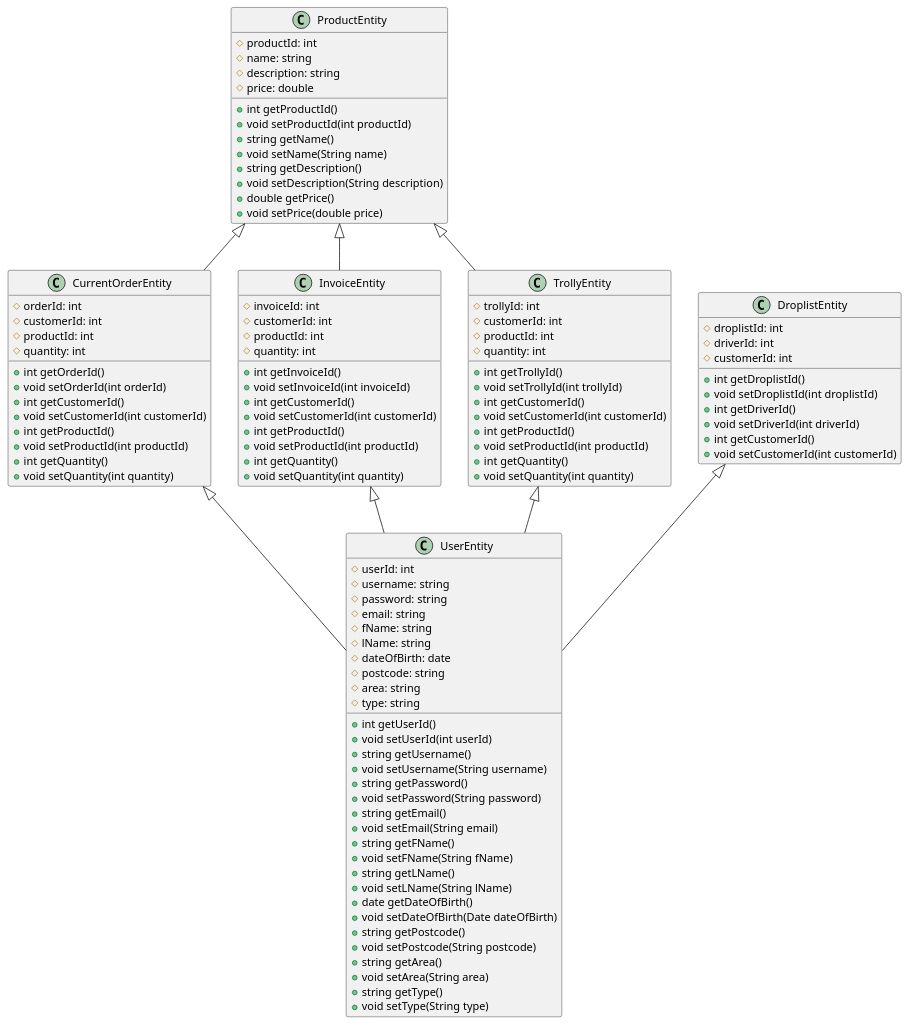
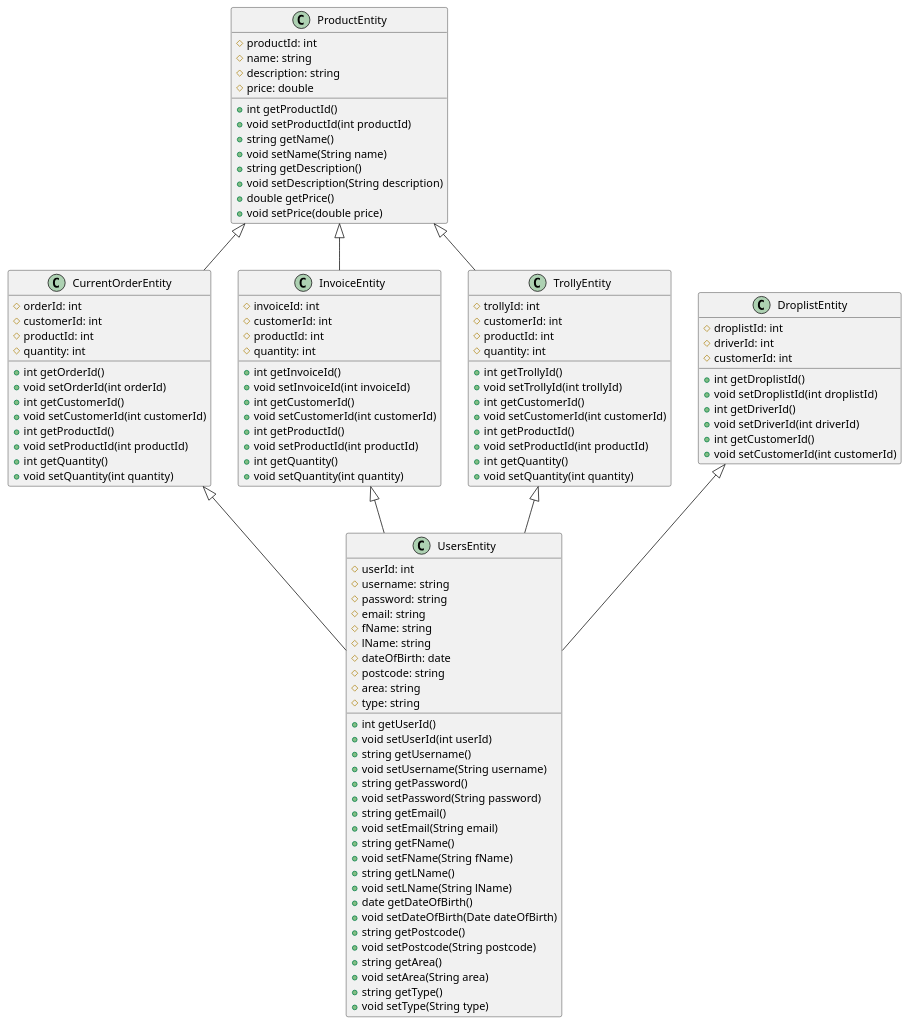
One commit to avahora866/dev-backend changed the diagram in src/main/java/com/milk4u/doorstep/delivery/entity/Entities.puml. Above: the diagram before and after it, drawn with PlantUML. The commit also changed 15 other files, not shown here.

```diff
--- a/src/main/java/com/milk4u/doorstep/delivery/entity/Entities.puml
+++ b/src/main/java/com/milk4u/doorstep/delivery/entity/Entities.puml
@@ -1,117 +1,117 @@
 @startuml
 'https://plantuml.com/class-diagram
-class UserEntity {
+class UsersEntity {
     #userId: int
     #username: string
     #password: string
     #email: string
     #fName: string
     #lName: string
     #dateOfBirth: date
     #postcode: string
     #area: string
     #type: string
     +int getUserId()
     +void setUserId(int userId)
     +string getUsername()
     +void setUsername(String username)
     +string getPassword()
     +void setPassword(String password)
     +string getEmail()
     +void setEmail(String email)
     +string getFName()
     +void setFName(String fName)
     +string getLName()
     +void setLName(String lName)
     +date getDateOfBirth()
     +void setDateOfBirth(Date dateOfBirth)
     +string getPostcode()
     +void setPostcode(String postcode)
     +string getArea()
     +void setArea(String area)
     +string getType()
     +void setType(String type)
 }
 
 class CurrentOrderEntity {
     #orderId: int
     #customerId: int
     #productId: int
     #quantity: int
     +int getOrderId()
     +void setOrderId(int orderId)
     +int getCustomerId()
     +void setCustomerId(int customerId)
     +int getProductId()
     +void setProductId(int productId)
     +int getQuantity()
     +void setQuantity(int quantity)
 }
 
 class InvoiceEntity {
     #invoiceId: int
     #customerId: int
     #productId: int
     #quantity: int
     +int getInvoiceId()
     +void setInvoiceId(int invoiceId)
     +int getCustomerId()
     +void setCustomerId(int customerId)
     +int getProductId()
     +void setProductId(int productId)
     +int getQuantity()
     +void setQuantity(int quantity)
 }
 
 class TrollyEntity  {
     #trollyId: int
     #customerId: int
     #productId: int
     #quantity: int
     +int getTrollyId()
     +void setTrollyId(int trollyId)
     +int getCustomerId()
     +void setCustomerId(int customerId)
     +int getProductId()
     +void setProductId(int productId)
     +int getQuantity()
     +void setQuantity(int quantity)
 }
 
 class DroplistEntity {
     #droplistId: int
     #driverId: int
     #customerId: int
     +int getDroplistId()
     +void setDroplistId(int droplistId)
     +int getDriverId()
     +void setDriverId(int driverId)
     +int getCustomerId()
     +void setCustomerId(int customerId)
 }
 
 class ProductEntity {
     #productId: int
     #name: string
     #description: string
     #price: double
     +int getProductId()
     +void setProductId(int productId)
     +string getName()
     +void setName(String name)
     +string getDescription()
     +void setDescription(String description)
     +double getPrice()
     +void setPrice(double price)
 
 }
 
-InvoiceEntity <|-- UserEntity
-CurrentOrderEntity <|-- UserEntity
-TrollyEntity <|-- UserEntity
-DroplistEntity <|-- UserEntity
+InvoiceEntity <|-- UsersEntity
+CurrentOrderEntity <|-- UsersEntity
+TrollyEntity <|-- UsersEntity
+DroplistEntity <|-- UsersEntity
 ProductEntity <|-- CurrentOrderEntity
 ProductEntity <|-- TrollyEntity
 ProductEntity <|-- InvoiceEntity
 
 @enduml
```
